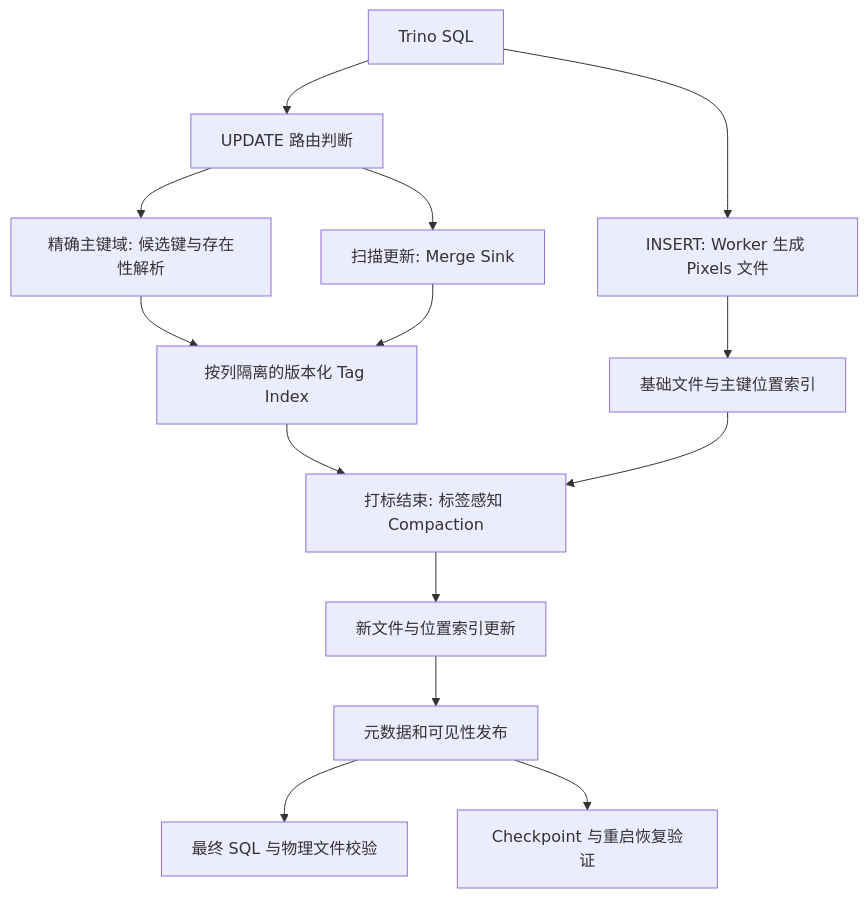
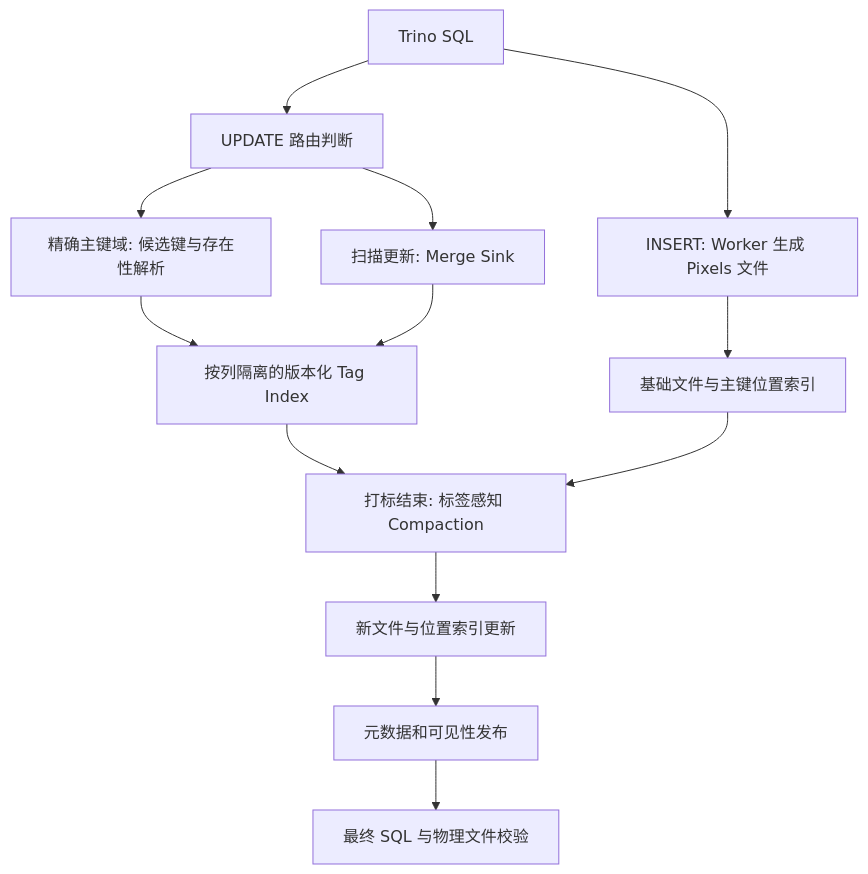
Before and after one commit to LeaseQ/pixels-dml: the diagram in docs/thesis-proposal-20261123.md, drawn with Mermaid. The commit also changed other lines of this file and 4 other files, not shown here.

````diff
--- a/docs/thesis-proposal-20261123.md
+++ b/docs/thesis-proposal-20261123.md
@@ -309,16 +428,15 @@
 ```mermaid
 flowchart TD
     SQL[Trino SQL] --> I[INSERT: Worker 生成 Pixels 文件]
     SQL --> U[UPDATE 路由判断]
     U --> E[精确主键域: 候选键与存在性解析]
     U --> F[扫描更新: Merge Sink]
     E --> T[按列隔离的版本化 Tag Index]
     F --> T
     I --> P[基础文件与主键位置索引]
     T --> C[打标结束: 标签感知 Compaction]
     P --> C
     C --> N[新文件与位置索引更新]
     N --> V[元数据和可见性发布]
     V --> Q[最终 SQL 与物理文件校验]
-    V --> R[Checkpoint 与重启恢复验证]
 ```
````
